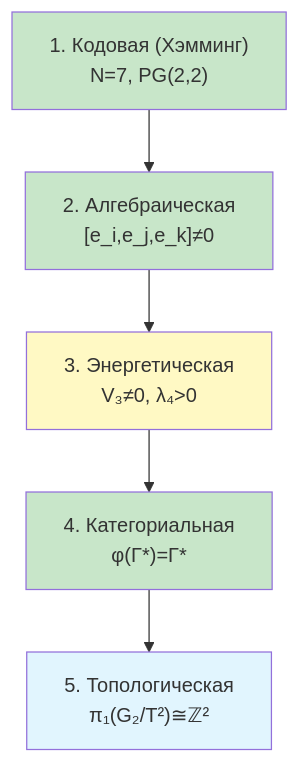
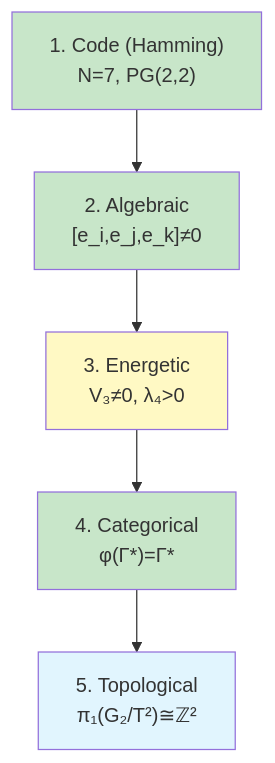
One commit to uhm-theory/holon changed the diagram in website/docs/applied/coherence-cybernetics/topological-protection.md. Above: the diagram before and after it, drawn with Mermaid. The commit also changed other lines of this file and 28 other files, not shown here.

````diff
--- a/website/docs/applied/coherence-cybernetics/topological-protection.md
+++ b/website/docs/applied/coherence-cybernetics/topological-protection.md
@@ -336,13 +336,13 @@
 ```mermaid
 graph TD
-    A["1. Кодовая (Хэмминг)<br/>N=7, PG(2,2)"] --> B["2. Алгебраическая<br/>[e_i,e_j,e_k]≠0"]
-    B --> C["3. Энергетическая<br/>V₃≠0, λ₄>0"]
-    C --> D["4. Категориальная<br/>φ(Γ*)=Γ*"]
-    D --> E["5. Топологическая<br/>π₁(G₂/T²)≅ℤ²"]
+    A["1. Code (Hamming)<br/>N=7, PG(2,2)"] --> B["2. Algebraic<br/>[e_i,e_j,e_k]≠0"]
+    B --> C["3. Energetic<br/>V₃≠0, λ₄>0"]
+    C --> D["4. Categorical<br/>φ(Γ*)=Γ*"]
+    D --> E["5. Topological<br/>π₁(G₂/T²)≅ℤ²"]
 
     style A fill:#c8e6c9
     style B fill:#c8e6c9
     style C fill:#fff9c4
     style D fill:#c8e6c9
     style E fill:#e1f5fe
 ```
````
